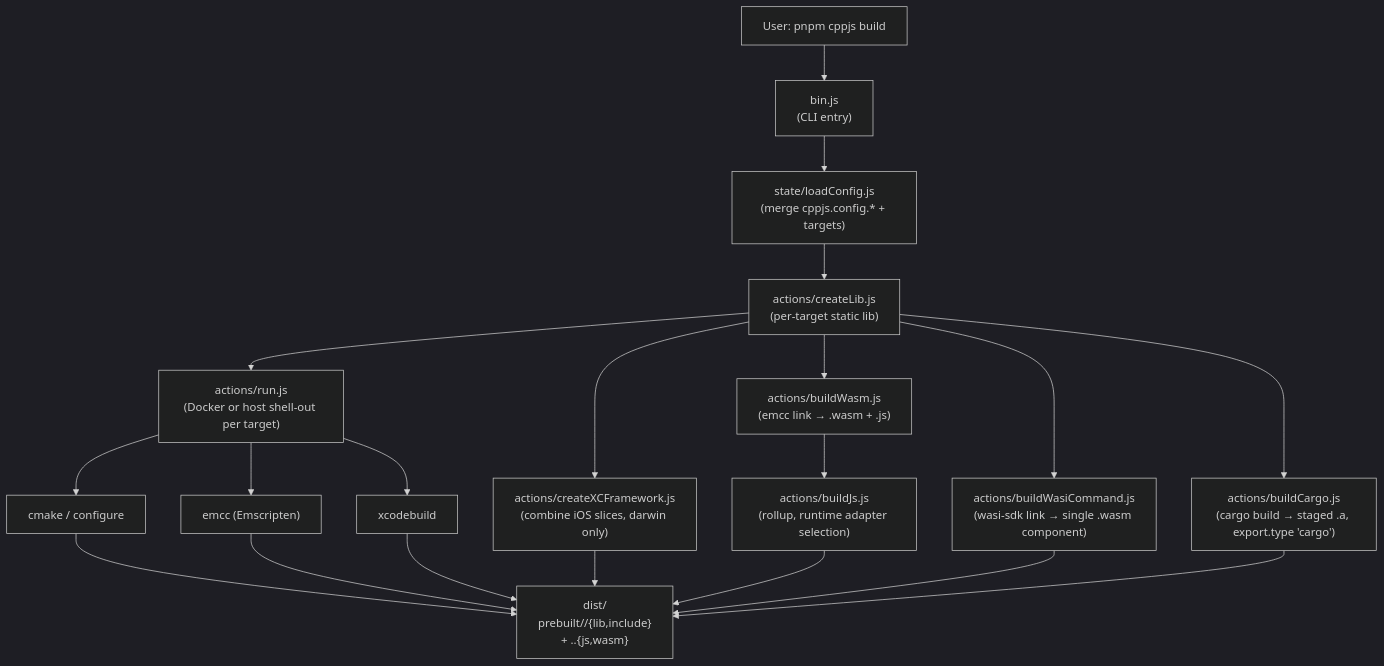
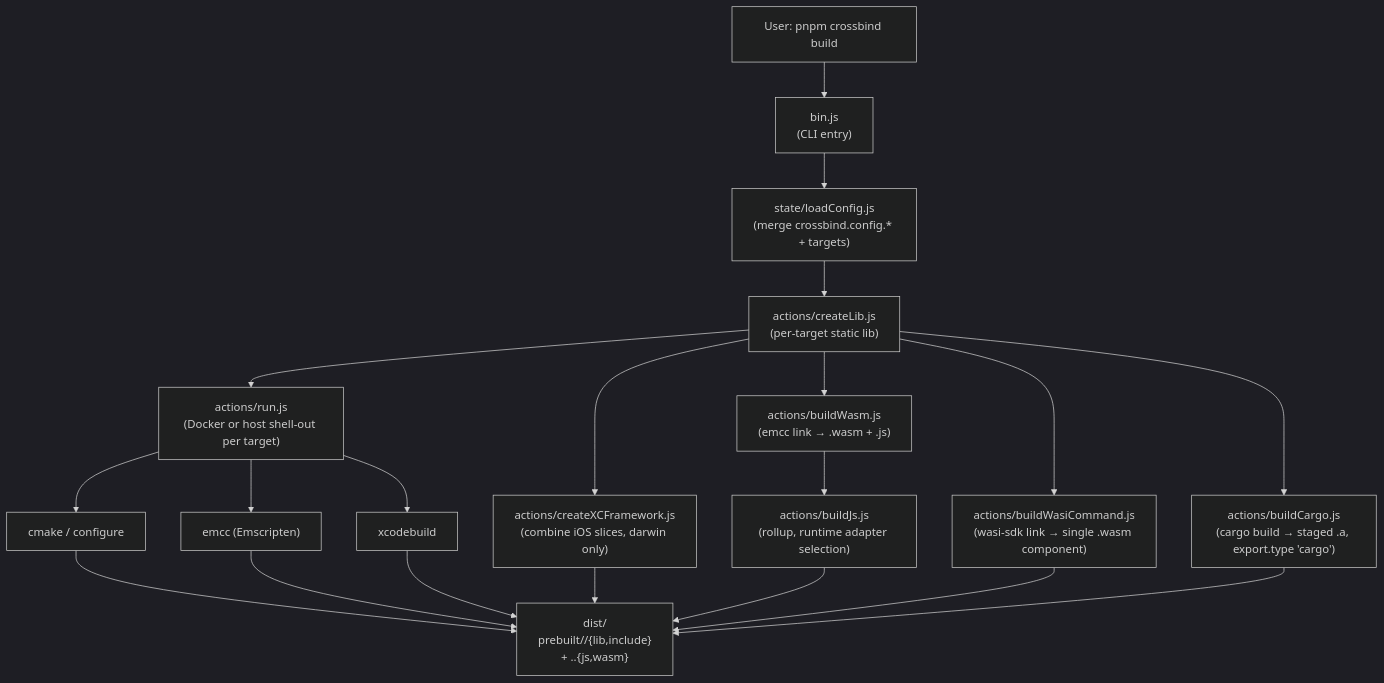
Before and after one commit to bugra9/cpp.js: the first of 3 diagrams in docs/ARCHITECTURE.md, drawn with Mermaid (dark theme). The commit also changed other lines of this file and 2778 other files, not shown here.

````diff
--- a/docs/ARCHITECTURE.md
+++ b/docs/ARCHITECTURE.md
@@ -7,37 +7,37 @@
 ```mermaid
 flowchart TD
-    User["User: pnpm cppjs build"]
+    User["User: pnpm crossbind build"]
     Bin["bin.js<br/>(CLI entry)"]
-    State["state/loadConfig.js<br/>(merge cppjs.config.* + targets)"]
+    State["state/loadConfig.js<br/>(merge crossbind.config.* + targets)"]
     BuildLib["actions/createLib.js<br/>(per-target static lib)"]
     XCFwk["actions/createXCFramework.js<br/>(combine iOS slices, darwin only)"]
     BuildWasm["actions/buildWasm.js<br/>(emcc link → .wasm + .js)"]
     BuildWasi["actions/buildWasiCommand.js<br/>(wasi-sdk link → single .wasm component)"]
     BuildCargo["actions/buildCargo.js<br/>(cargo build → staged .a, export.type 'cargo')"]
     BuildJs["actions/buildJs.js<br/>(rollup, runtime adapter selection)"]
     Run["actions/run.js<br/>(Docker or host shell-out per target)"]
     Cmake["cmake / configure"]
     Emcc["emcc (Emscripten)"]
     Xcode["xcodebuild"]
     Dist["dist/<br/>prebuilt/<target>/{lib,include}<br/>+ <name>.<runtimeEnv>.{js,wasm}"]
 
     User --> Bin
     Bin --> State
     State --> BuildLib
     BuildLib --> Run
     BuildLib --> XCFwk
     BuildLib --> BuildWasm
     BuildLib --> BuildWasi
     BuildLib --> BuildCargo
     BuildWasm --> BuildJs
     Run --> Cmake
     Run --> Emcc
     Run --> Xcode
     Cmake --> Dist
     Emcc --> Dist
     Xcode --> Dist
     XCFwk --> Dist
     BuildJs --> Dist
     BuildWasi --> Dist
     BuildCargo --> Dist
 ```
````
